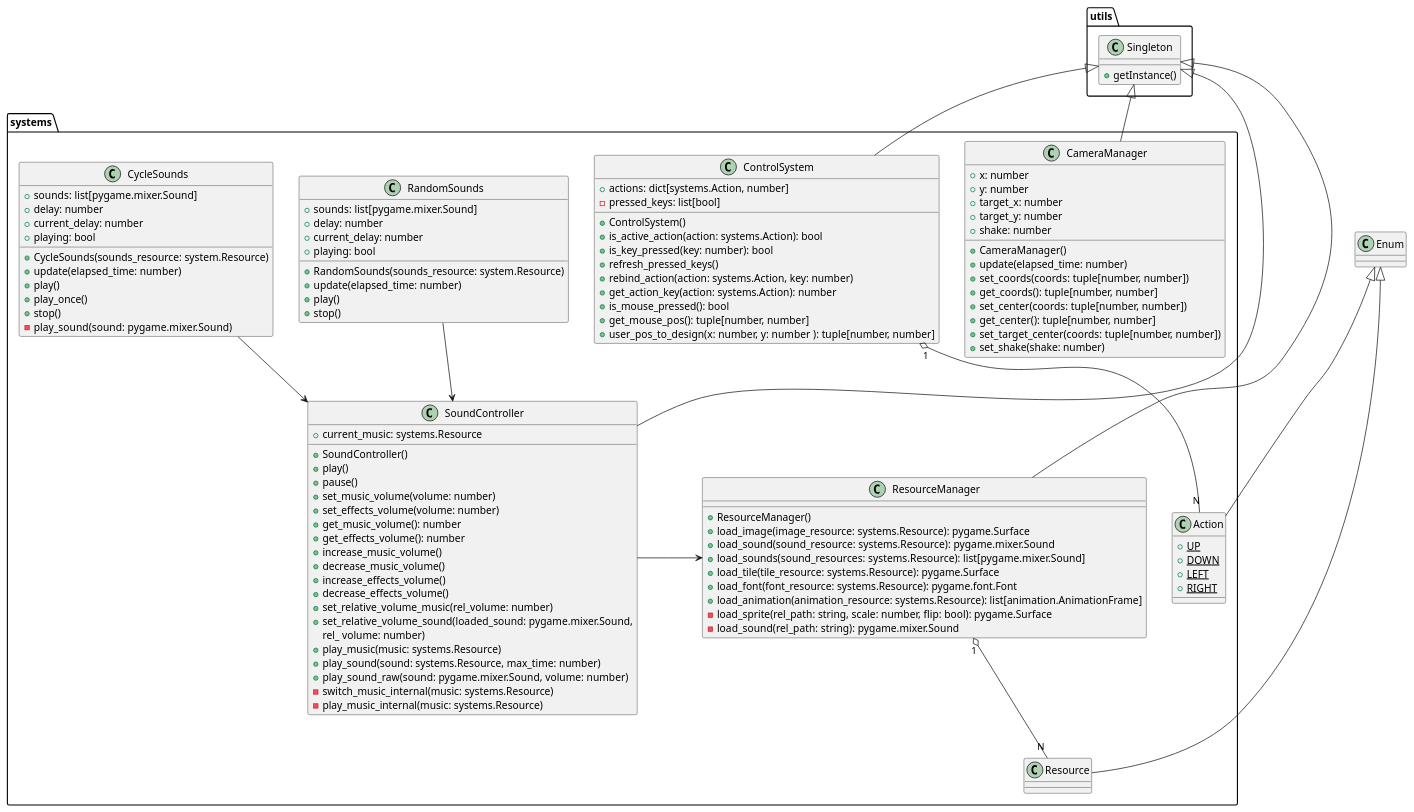
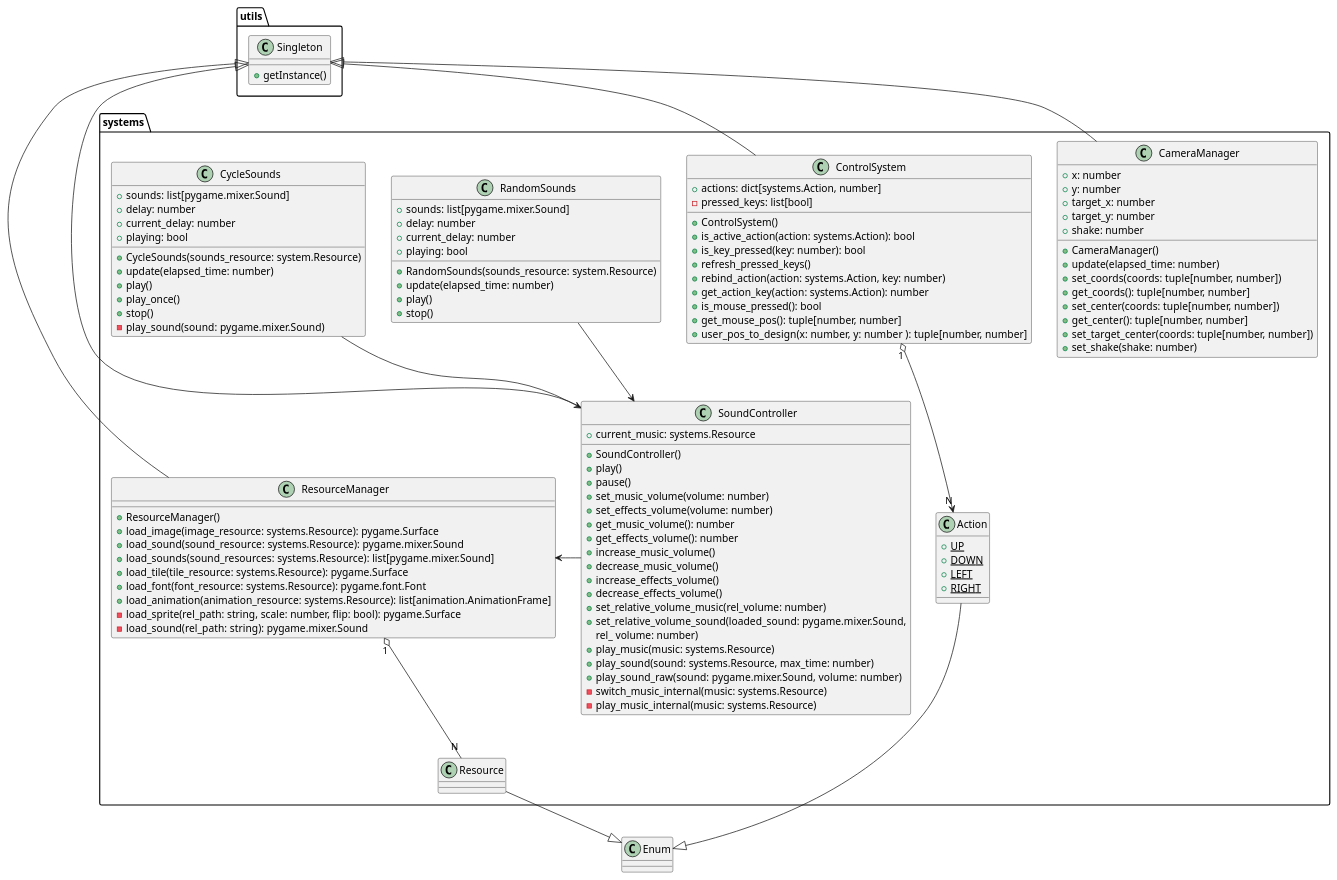
One commit to daavidrgz/galactic-gambit changed the diagram in docs/diagrams/io_systems.pu. Above: the diagram before and after it, drawn with PlantUML. The commit also changed 2 other files, not shown here.

```diff
--- a/docs/diagrams/io_systems.pu
+++ b/docs/diagrams/io_systems.pu
@@ -1,117 +1,119 @@
 @startuml io_systems
 
 
 class utils.Singleton{
     + getInstance()
 }
 class systems.CameraManager extends utils.Singleton{
     + x: number
     + y: number
     + target_x: number
     + target_y: number
     + shake: number
 
     + CameraManager()
     + update(elapsed_time: number)
     + set_coords(coords: tuple[number, number])
     + get_coords(): tuple[number, number]
     + set_center(coords: tuple[number, number])
     + get_center(): tuple[number, number]
     + set_target_center(coords: tuple[number, number])
     + set_shake(shake: number)
 }
 
 class systems.ControlSystem extends utils.Singleton{
     + actions: dict[systems.Action, number]
     - pressed_keys: list[bool]
 
     + ControlSystem()
     + is_active_action(action: systems.Action): bool
     + is_key_pressed(key: number): bool
     + refresh_pressed_keys()
     + rebind_action(action: systems.Action, key: number)
     + get_action_key(action: systems.Action): number
     + is_mouse_pressed(): bool
     + get_mouse_pos(): tuple[number, number]
     + user_pos_to_design(x: number, y: number ): tuple[number, number]
 }
 
-systems.ControlSystem "1" o-- "N" systems.Action
-class systems.Action extends Enum{
+systems.ControlSystem "1" o-down-> "N" systems.Action
+class systems.Action {
     + {static} UP
     + {static} DOWN
     + {static} LEFT
     + {static} RIGHT
 }
+systems.Action -down-|> Enum
 
 class systems.ResourceManager extends utils.Singleton{
 
     + ResourceManager()
     + load_image(image_resource: systems.Resource): pygame.Surface
     + load_sound(sound_resource: systems.Resource): pygame.mixer.Sound
     + load_sounds(sound_resources: systems.Resource): list[pygame.mixer.Sound]
     + load_tile(tile_resource: systems.Resource): pygame.Surface
     + load_font(font_resource: systems.Resource): pygame.font.Font
     + load_animation(animation_resource: systems.Resource): list[animation.AnimationFrame]
     - load_sprite(rel_path: string, scale: number, flip: bool): pygame.Surface
     - load_sound(rel_path: string): pygame.mixer.Sound
 }
 systems.ResourceManager "1" o-- "N" systems.Resource
 
-class systems.Resource extends Enum{}
+class systems.Resource
+systems.Resource -down-|> Enum
 
 class systems.RandomSounds{
     + sounds: list[pygame.mixer.Sound]
     + delay: number
     + current_delay: number
     + playing: bool
 
     
     + RandomSounds(sounds_resource: system.Resource)
     + update(elapsed_time: number)
     + play()
     + stop()
 }
 systems.RandomSounds --> systems.SoundController
 class systems.CycleSounds{
     + sounds: list[pygame.mixer.Sound]
     + delay: number
     + current_delay: number
     + playing: bool
 
     + CycleSounds(sounds_resource: system.Resource)
     + update(elapsed_time: number)
     + play()
     + play_once()
     + stop()
     - play_sound(sound: pygame.mixer.Sound)
 }
 systems.CycleSounds --> systems.SoundController
 
 class systems.SoundController extends utils.Singleton{
     + current_music: systems.Resource
 
     + SoundController()
     + play()
     + pause()
     + set_music_volume(volume: number)
     + set_effects_volume(volume: number)
     + get_music_volume(): number
     + get_effects_volume(): number
     + increase_music_volume()
     + decrease_music_volume()
     + increase_effects_volume()
     + decrease_effects_volume()
     + set_relative_volume_music(rel_volume: number)
     + set_relative_volume_sound(loaded_sound: pygame.mixer.Sound,
         rel_ volume: number)
     + play_music(music: systems.Resource)
     + play_sound(sound: systems.Resource, max_time: number)
     + play_sound_raw(sound: pygame.mixer.Sound, volume: number)
     - switch_music_internal(music: systems.Resource)
     - play_music_internal(music: systems.Resource)
 
 }
 systems.SoundController -right-> systems.ResourceManager
 
 @enduml
```
